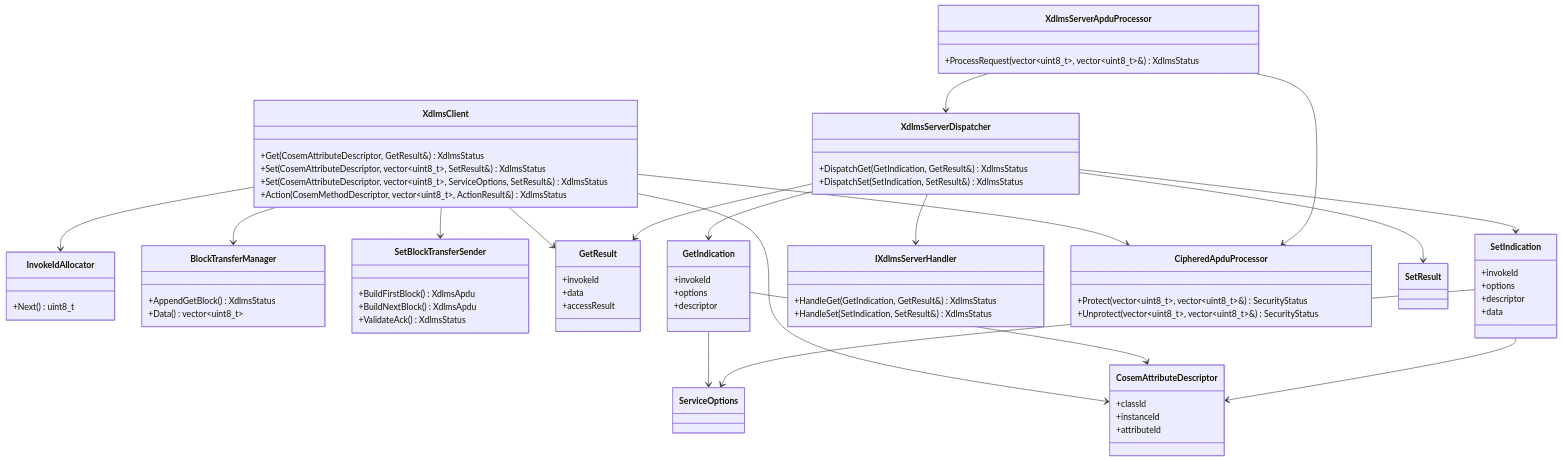
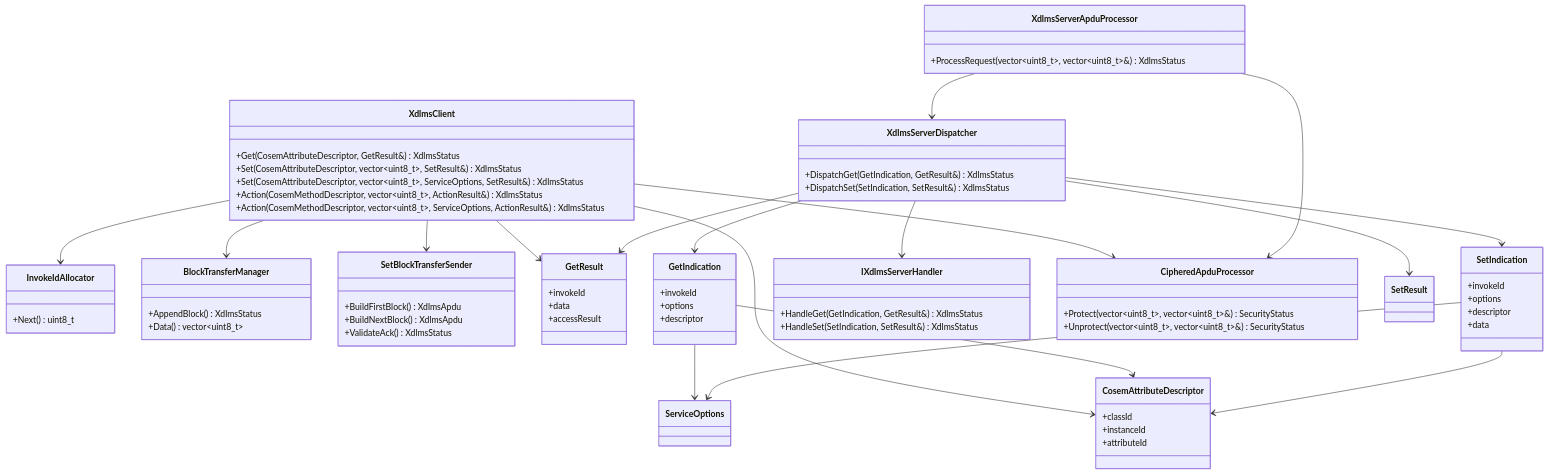
Before and after one commit to gvtret/dlms-xdlms: the diagram in docs/01_xdlms_api.md, drawn with Mermaid. The commit also changed other lines of this file and 4 other files, not shown here.

First line of the commit message:
docs(xdlms): define action request blocks

```diff
--- a/docs/01_xdlms_api.md
+++ b/docs/01_xdlms_api.md
@@ -251,6 +263,7 @@
     +Set(CosemAttributeDescriptor, vector~uint8_t~, SetResult&) XdlmsStatus
     +Set(CosemAttributeDescriptor, vector~uint8_t~, ServiceOptions, SetResult&) XdlmsStatus
     +Action(CosemMethodDescriptor, vector~uint8_t~, ActionResult&) XdlmsStatus
+    +Action(CosemMethodDescriptor, vector~uint8_t~, ServiceOptions, ActionResult&) XdlmsStatus
   }
 
   class InvokeIdAllocator {
@@ -258,7 +271,7 @@
   }
 
   class BlockTransferManager {
-    +AppendGetBlock() XdlmsStatus
+    +AppendBlock() XdlmsStatus
     +Data() vector~uint8_t~
   }
 
```
